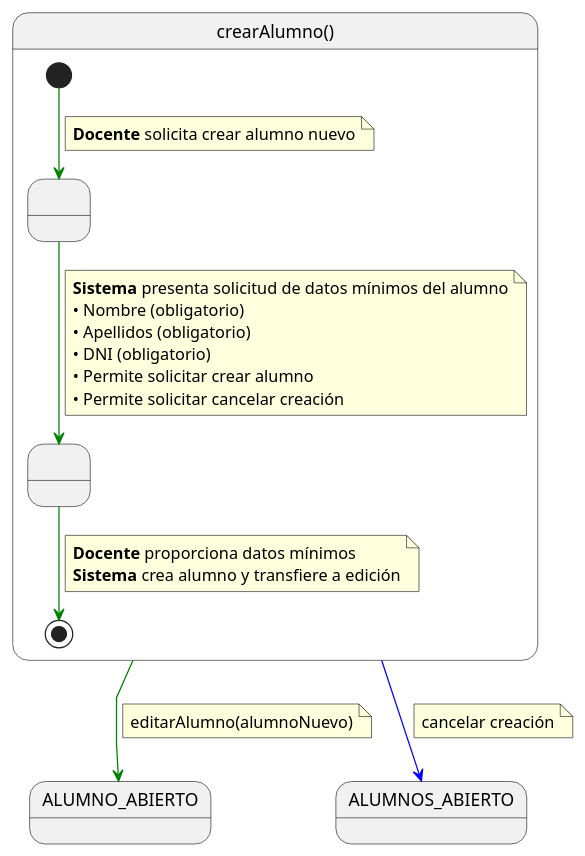
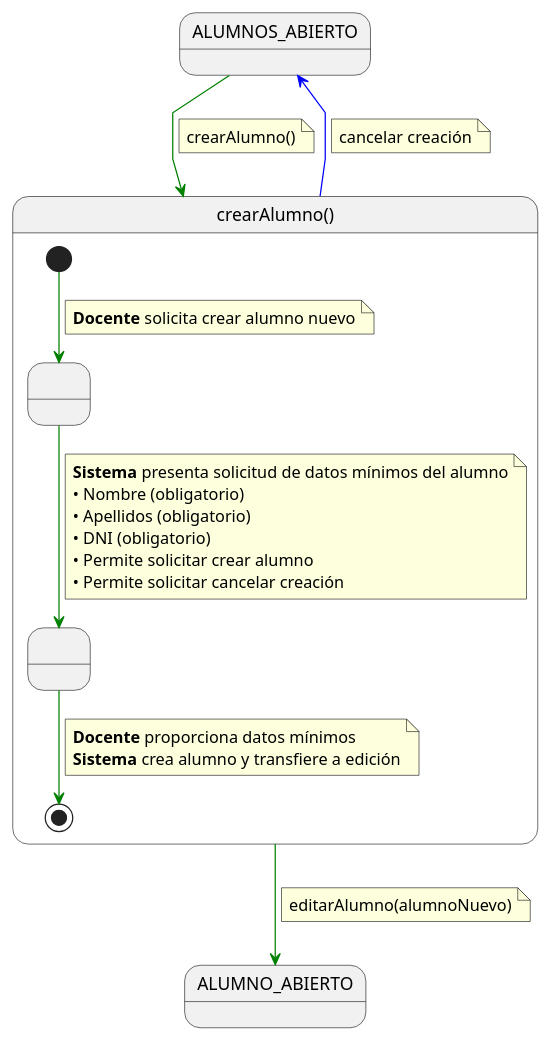
The diagram in documents/casos-de-uso/detalladoCasosDeUso/crearAlumno/crearAlumno.puml (martinlopez7/25-26-IdSw1-SdR), drawn with PlantUML before and after one commit. The commit also changed 13 other files, not shown here.

```diff
--- a/documents/casos-de-uso/detalladoCasosDeUso/crearAlumno/crearAlumno.puml
+++ b/documents/casos-de-uso/detalladoCasosDeUso/crearAlumno/crearAlumno.puml
@@ -1,40 +1,56 @@
-@startuml
+@startuml crearAlumno
+
 skinparam linetype polyline
 
+' 1. ESTADO PREVIO (Contexto de origen)
+state ALUMNOS_ABIERTO
+
+' 2. TRANSICIÓN DE ENTRADA
+ALUMNOS_ABIERTO -[#green]-> crearAlumno
+note on link
+crearAlumno()
+end note
+
+' 3. EL CASO DE USO (Caja negra detallada)
 state crearAlumno as "crearAlumno()" {
 
     state " " as SolicitandoDatos
     state " " as CreandoAlumno
 
     [*] -[#green]-> SolicitandoDatos 
     note on link
     <b>Docente</b> solicita crear alumno nuevo
     end note    
     
     SolicitandoDatos -[#green]-> CreandoAlumno
     note on link
     <b>Sistema</b> presenta solicitud de datos mínimos del alumno
     • Nombre (obligatorio)
     • Apellidos (obligatorio)
     • DNI (obligatorio)
     • Permite solicitar crear alumno
     • Permite solicitar cancelar creación
     end note
     
     CreandoAlumno -[#green]-> [*]
     note on link
     <b>Docente</b> proporciona datos mínimos
     <b>Sistema</b> crea alumno y transfiere a edición
     end note
 }
 
+' 4. SALIDAS DEL CASO DE USO
+
+' Flujo Exitoso: Va al detalle para seguir editando
 crearAlumno -[#green]-> ALUMNO_ABIERTO
 note on link
 editarAlumno(alumnoNuevo)
 end note
 
+' Flujo Alternativo: Cancela y vuelve al listado original
 crearAlumno -[#blue]-> ALUMNOS_ABIERTO
 note on link
 cancelar creación
 end note
+
 @enduml
```
